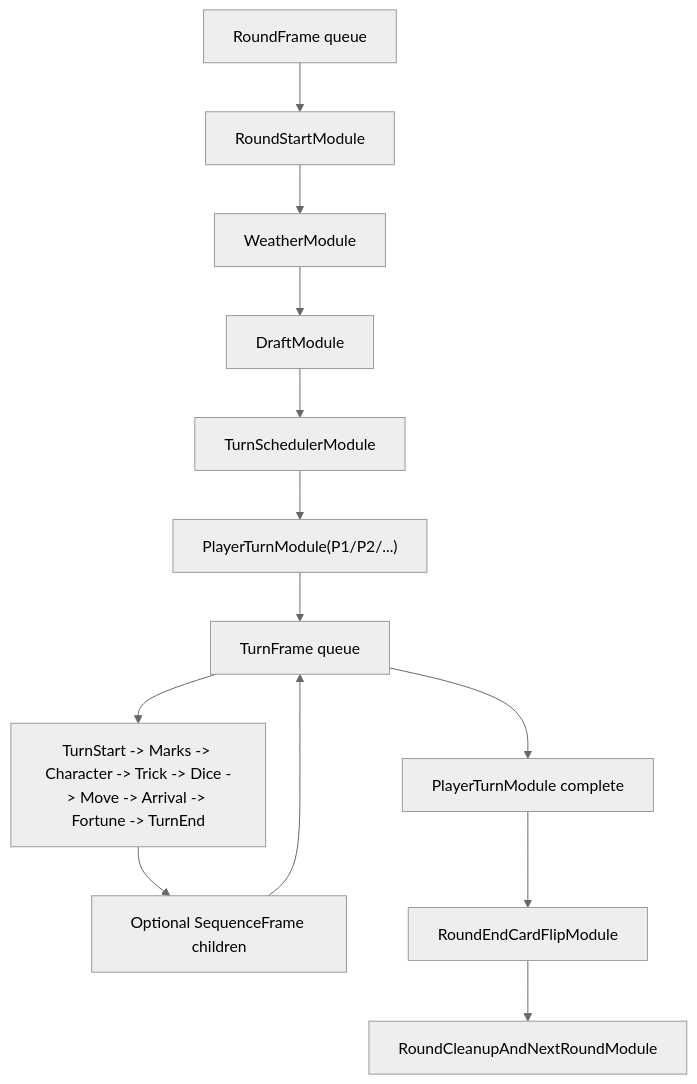
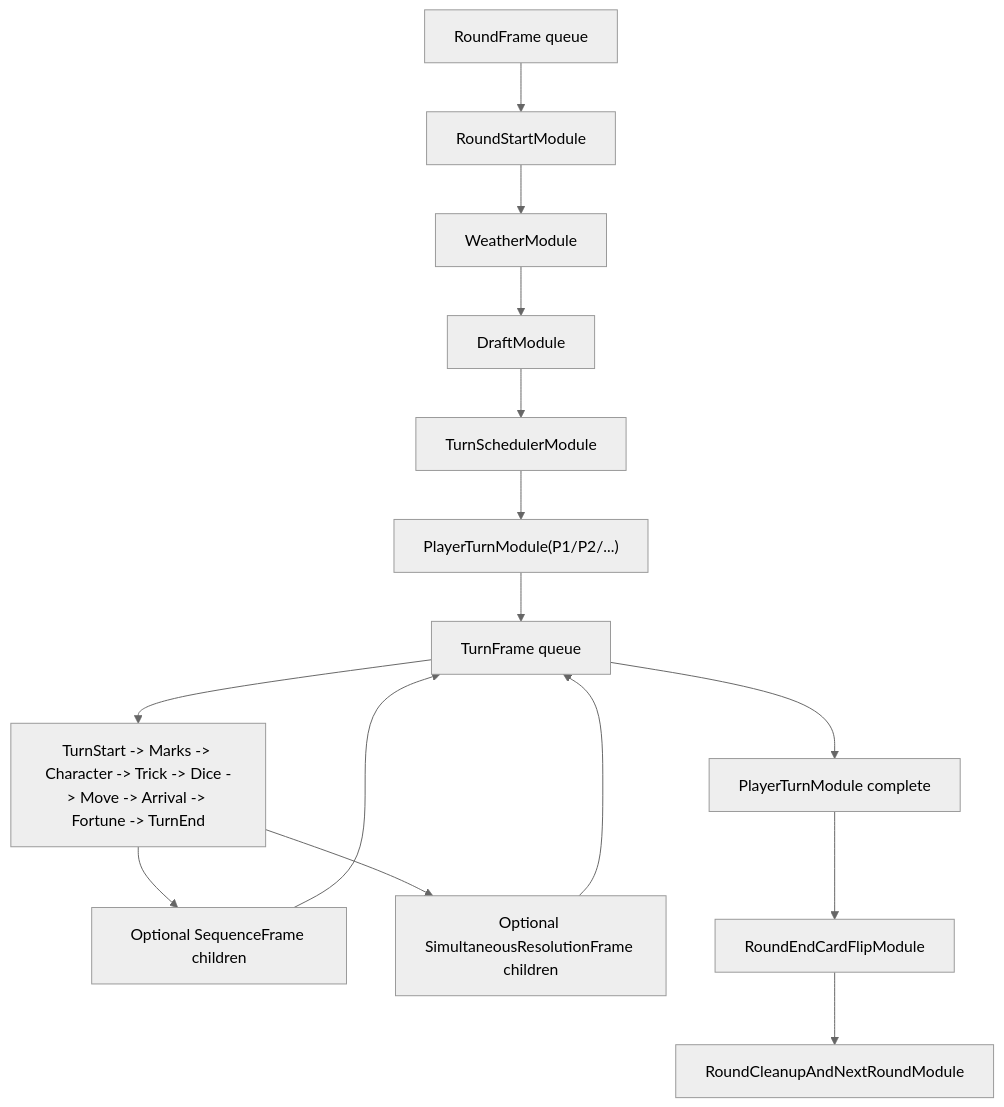
One commit to xelestial/project-mrn changed the diagram in docs/superpowers/plans/2026-05-02-modular-game-runtime-migration-part-1.md. Above: the diagram before and after it, drawn with Mermaid (neutral theme). The commit also changed other lines of this file and 52 other files, not shown here.

````diff
--- a/docs/superpowers/plans/2026-05-02-modular-game-runtime-migration-part-1.md
+++ b/docs/superpowers/plans/2026-05-02-modular-game-runtime-migration-part-1.md
@@ -122,15 +125,17 @@
 ```mermaid
 flowchart TD
   A["RoundFrame queue"] --> B["RoundStartModule"]
   B --> C["WeatherModule"]
   C --> D["DraftModule"]
   D --> E["TurnSchedulerModule"]
   E --> F["PlayerTurnModule(P1/P2/...)"]
   F --> G["TurnFrame queue"]
   G --> H["TurnStart -> Marks -> Character -> Trick -> Dice -> Move -> Arrival -> Fortune -> TurnEnd"]
   H --> I["Optional SequenceFrame children"]
   I --> G
+  H --> S["Optional SimultaneousResolutionFrame children"]
+  S --> G
   G --> J["PlayerTurnModule complete"]
   J --> K["RoundEndCardFlipModule"]
   K --> L["RoundCleanupAndNextRoundModule"]
 ```
````
